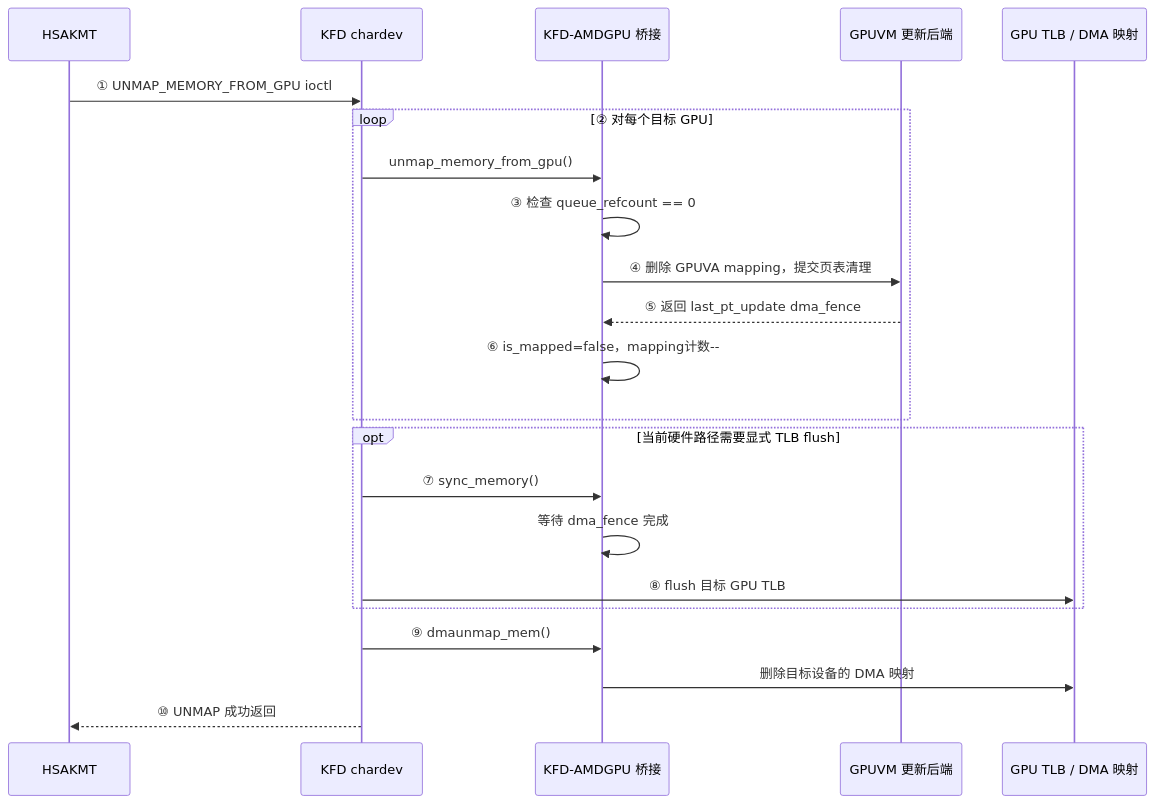
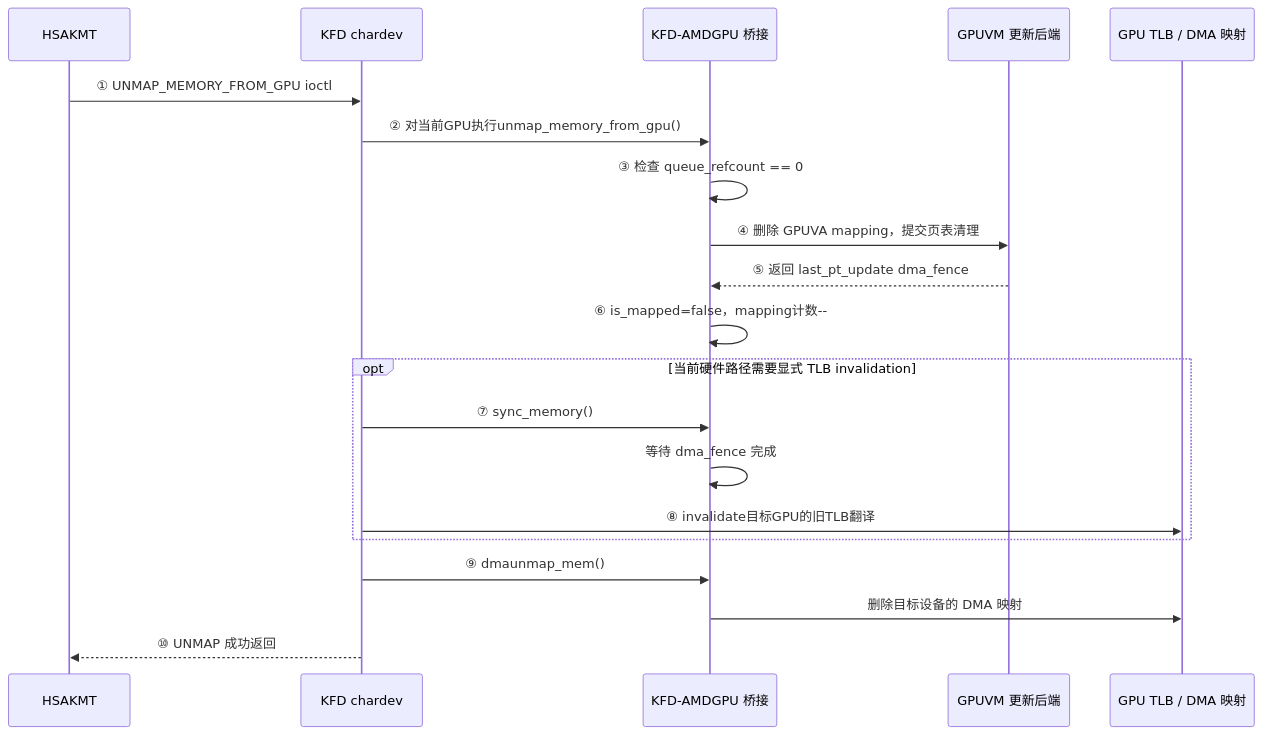
One commit to hxfei-git/gpu-study changed the second of 4 diagrams in 02_GPU 内存管理基础.md. Above: the diagram before and after it, drawn with Mermaid. The commit also changed other lines of this file and 1 other file, not shown here.

Commit message:
docs(gpu-memory): trace allocation and mapping lifecycle

````diff
--- a/02_GPU 内存管理基础.md
+++ b/02_GPU 内存管理基础.md
@@ -2972,25 +4254,23 @@
 ```mermaid
 sequenceDiagram
     participant U as HSAKMT
     participant K as KFD chardev
     participant B as KFD-AMDGPU 桥接
     participant V as GPUVM 更新后端
     participant M as GPU TLB / DMA 映射
 
     U->>K: ① UNMAP_MEMORY_FROM_GPU ioctl
-    loop ② 对每个目标 GPU
-        K->>B: unmap_memory_from_gpu()
-        B->>B: ③ 检查 queue_refcount == 0
-        B->>V: ④ 删除 GPUVA mapping，提交页表清理
-        V-->>B: ⑤ 返回 last_pt_update dma_fence
-        B->>B: ⑥ is_mapped=false，mapping计数--
-    end
-    opt 当前硬件路径需要显式 TLB flush
+    K->>B: ② 对当前GPU执行unmap_memory_from_gpu()
+    B->>B: ③ 检查 queue_refcount == 0
+    B->>V: ④ 删除 GPUVA mapping，提交页表清理
+    V-->>B: ⑤ 返回 last_pt_update dma_fence
+    B->>B: ⑥ is_mapped=false，mapping计数--
+    opt 当前硬件路径需要显式 TLB invalidation
         K->>B: ⑦ sync_memory()
         B->>B: 等待 dma_fence 完成
-        K->>M: ⑧ flush 目标 GPU TLB
+        K->>M: ⑧ invalidate目标GPU的旧TLB翻译
     end
     K->>B: ⑨ dmaunmap_mem()
     B->>M: 删除目标设备的 DMA 映射
     K-->>U: ⑩ UNMAP 成功返回
 ```
````
